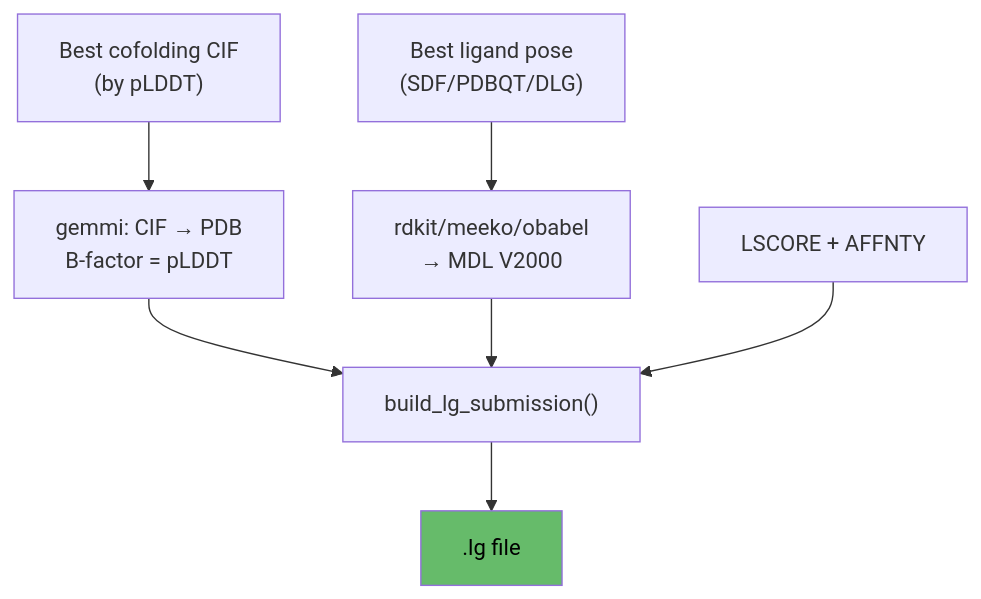
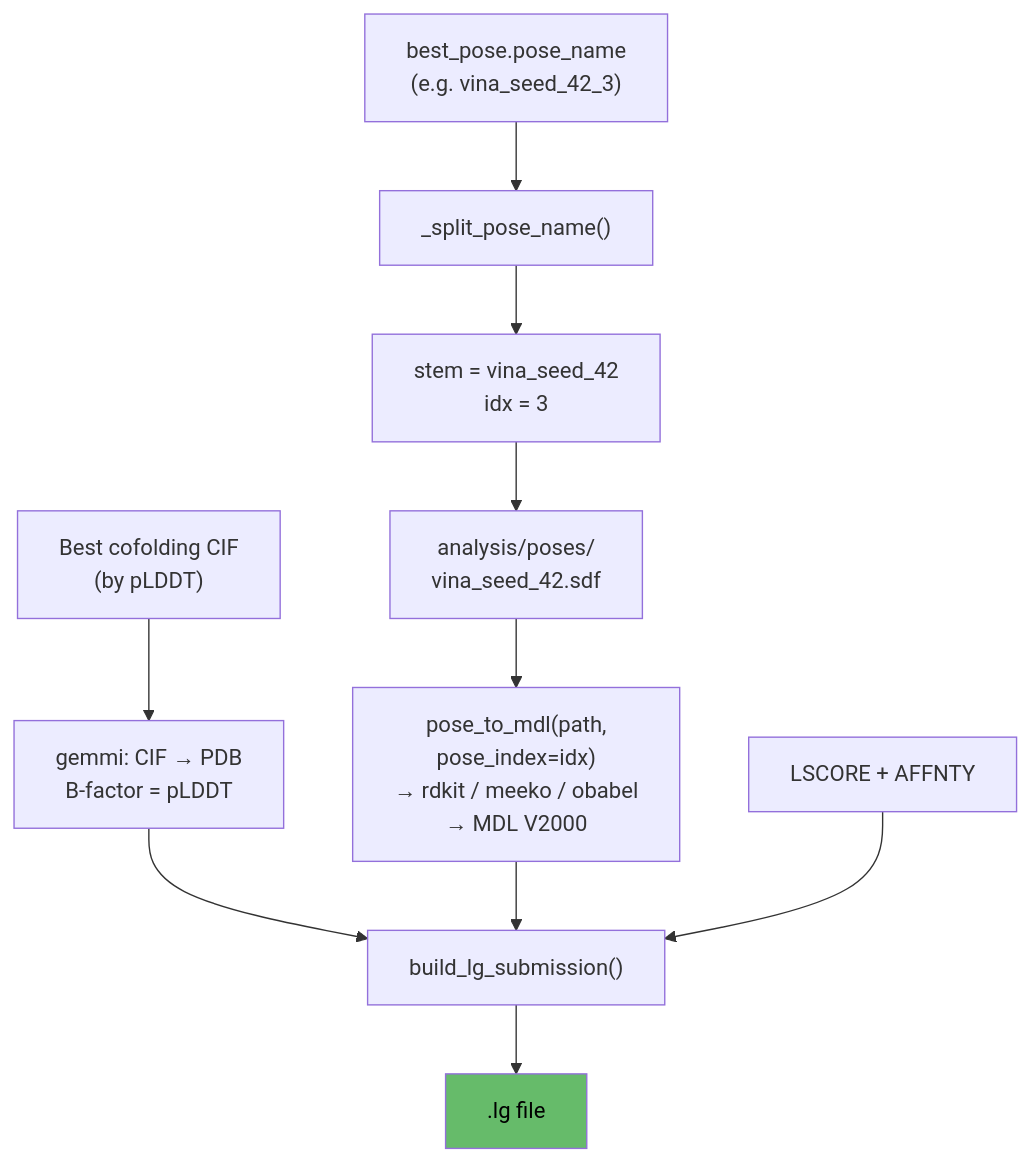
Before and after one commit to eightmm/mosaic-pl: diagram 20 of 22 in docs/pipeline.md, drawn with Mermaid. The commit also changed other lines of this file and 10 other files, not shown here.

````diff
--- a/docs/pipeline.md
+++ b/docs/pipeline.md
@@ -573,11 +589,14 @@
 ```mermaid
 flowchart TB
     CIF["Best cofolding CIF\n(by pLDDT)"] --> PDB["gemmi: CIF → PDB\nB-factor = pLDDT"]
-    POSE["Best ligand pose\n(SDF/PDBQT/DLG)"] --> MDL["rdkit/meeko/obabel\n→ MDL V2000"]
+    NAME["best_pose.pose_name\n(e.g. vina_seed_42_3)"] --> SPLIT["_split_pose_name()"]
+    SPLIT --> STEM["stem = vina_seed_42\nidx = 3"]
+    STEM --> POSE["analysis/poses/\nvina_seed_42.sdf"]
+    POSE --> MDL["pose_to_mdl(path,\n  pose_index=idx)\n→ rdkit / meeko / obabel\n→ MDL V2000"]
     SCORES["LSCORE + AFFNTY"]
 
     PDB & MDL & SCORES --> BUILD["build_lg_submission()"]
     BUILD --> LG[".lg file"]
 
     style LG fill:#66bb6a,color:#000
 ```
````
